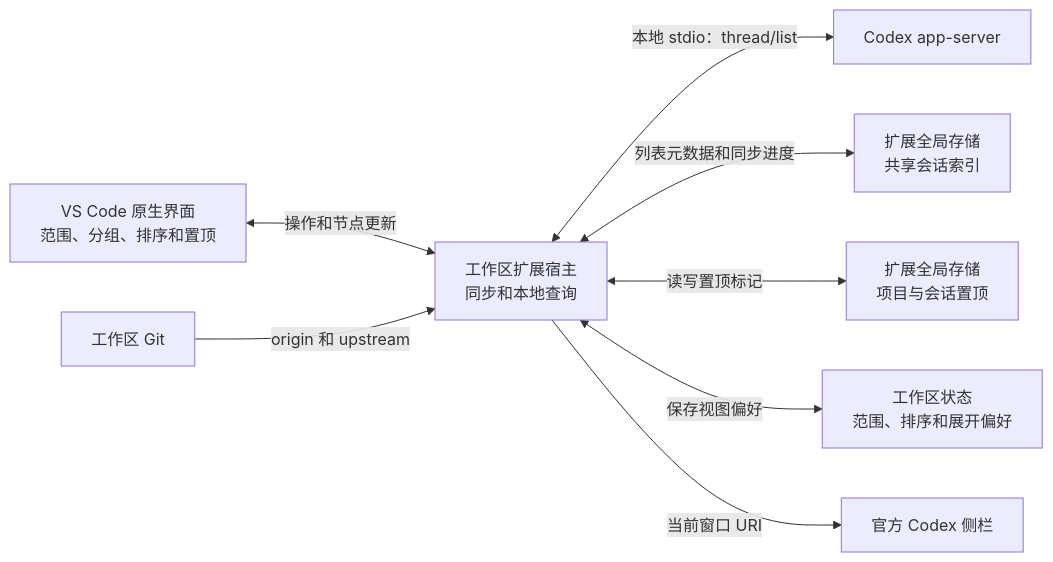
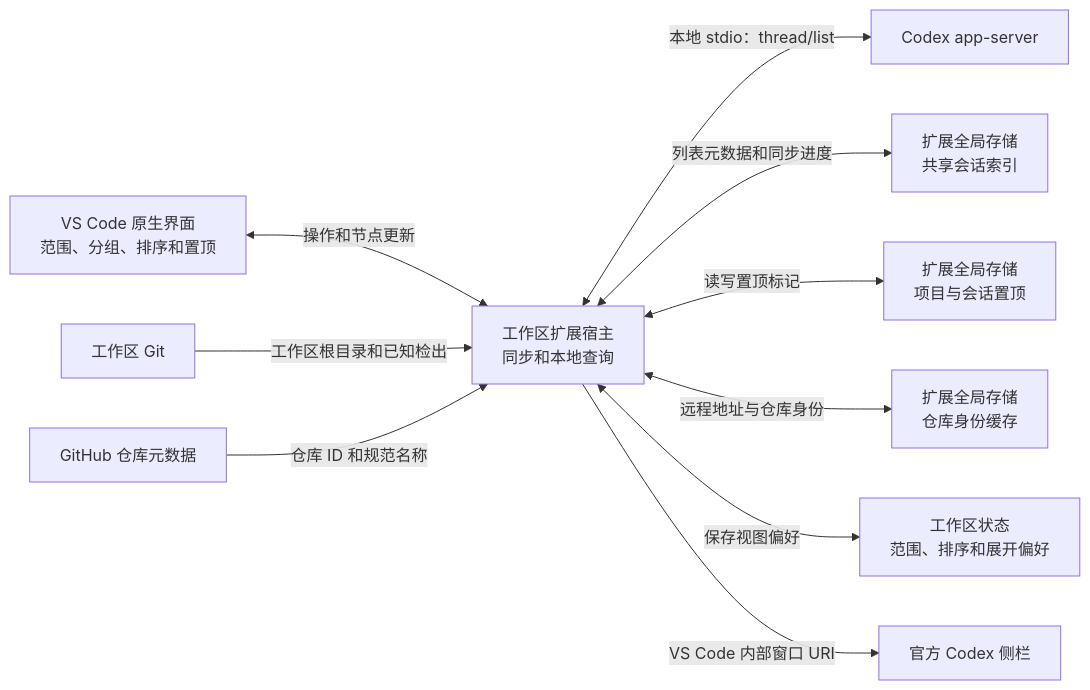
The diagram in ARCH.md (jaypume/vscode-codex-chats-list), drawn with Mermaid before and after one commit. The commit also changed 13 other files, not shown here.

````diff
--- a/ARCH.md
+++ b/ARCH.md
@@ -3,18 +3,22 @@
 ```mermaid
 flowchart LR
   UI["VS Code 原生界面<br/>范围、分组、排序和置顶"]
   Host["工作区扩展宿主<br/>同步和本地查询"]
   Git["工作区 Git"]
+  GitHub["GitHub 仓库元数据"]
   Server["Codex app-server"]
   Codex["官方 Codex 侧栏"]
   Prefs["工作区状态<br/>范围、排序和展开偏好"]
   Index["扩展全局存储<br/>共享会话索引"]
   Pins["扩展全局存储<br/>项目与会话置顶"]
+  Repositories["扩展全局存储<br/>仓库身份缓存"]
   UI <-->|"操作和节点更新"| Host
   Host <-->|"本地 stdio：thread/list"| Server
   Host <-->|"列表元数据和同步进度"| Index
   Host <-->|"读写置顶标记"| Pins
-  Git -->|"origin 和 upstream"| Host
+  Git -->|"工作区根目录和已知检出"| Host
+  GitHub -->|"仓库 ID 和规范名称"| Host
+  Host <-->|"远程地址与仓库身份"| Repositories
   Host <-->|"保存视图偏好"| Prefs
-  Host -->|"当前窗口 URI"| Codex
+  Host -->|"VS Code 内部窗口 URI"| Codex
 ```
````
